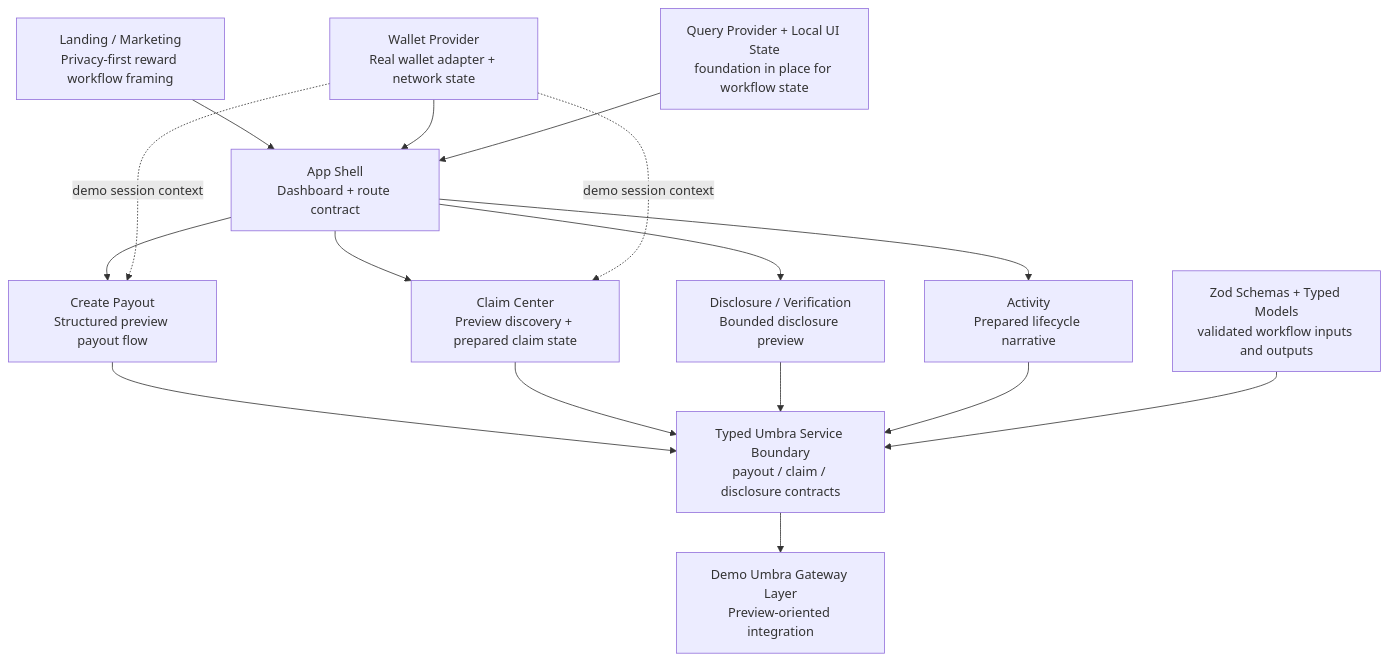
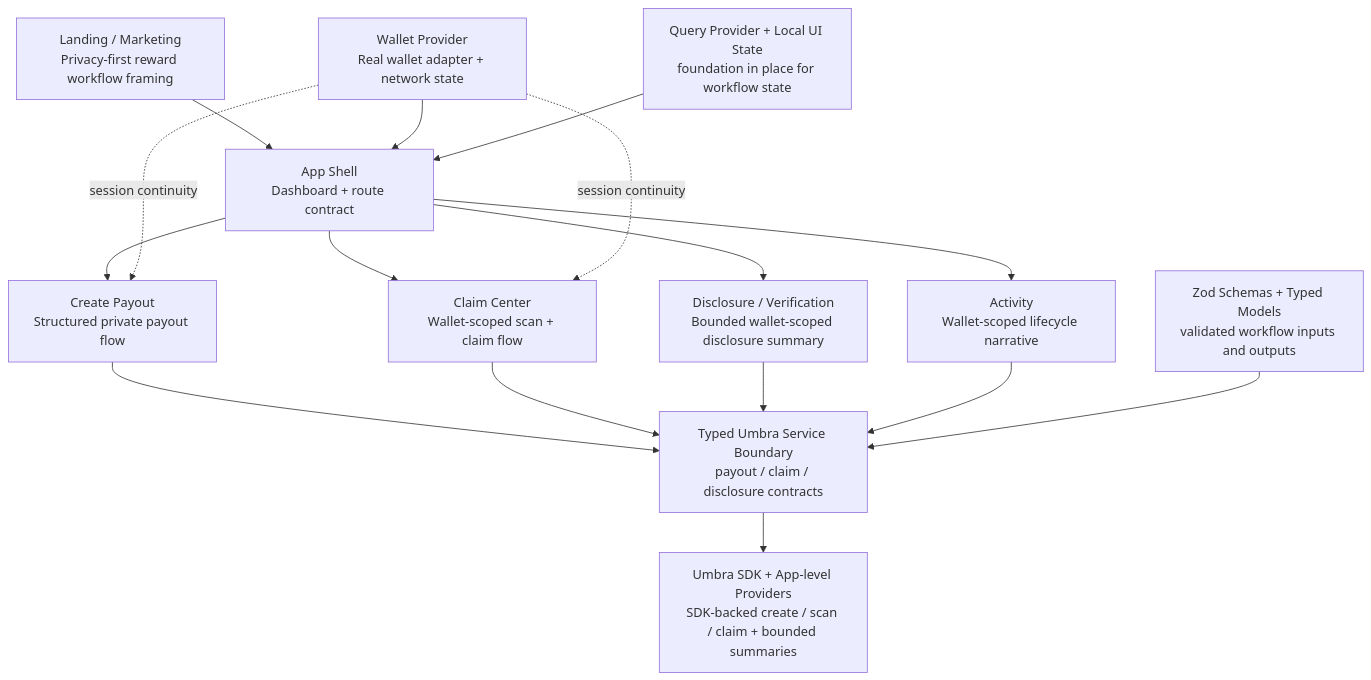
The diagram in docs/ARCHITECTURE_DIAGRAM.md (liji3597/umbra-bounty-vault), drawn with Mermaid before and after one commit. The commit also changed other lines of this file and 45 other files, not shown here.

First line of the commit message:
feat: center reward flow on Umbra SDK providers

````diff
--- a/docs/ARCHITECTURE_DIAGRAM.md
+++ b/docs/ARCHITECTURE_DIAGRAM.md
@@ -20,25 +20,25 @@
 ```mermaid
 flowchart TD
     A[Landing / Marketing\nPrivacy-first reward workflow framing] --> B[App Shell\nDashboard + route contract]
 
-    B --> C[Create Payout\nStructured preview payout flow]
+    B --> C[Create Payout\nStructured private payout flow]
     C --> D[Typed Umbra Service Boundary\npayout / claim / disclosure contracts]
 
-    B --> E[Claim Center\nPreview discovery + prepared claim state]
+    B --> E[Claim Center\nWallet-scoped scan + claim flow]
     E --> D
 
-    B --> F[Disclosure / Verification\nBounded disclosure preview]
+    B --> F[Disclosure / Verification\nBounded wallet-scoped disclosure summary]
     F --> D
 
-    B --> G[Activity\nPrepared lifecycle narrative]
+    B --> G[Activity\nWallet-scoped lifecycle narrative]
     G --> D
 
     H[Wallet Provider\nReal wallet adapter + network state] --> B
-    H -.demo session context.-> C
-    H -.demo session context.-> E
+    H -.session continuity.-> C
+    H -.session continuity.-> E
 
-    D --> I[Demo Umbra Gateway Layer\nPreview-oriented integration]
+    D --> I[Umbra SDK + App-level Providers\nSDK-backed create / scan / claim + bounded summaries]
 
     J[Zod Schemas + Typed Models\nvalidated workflow inputs and outputs] --> D
     K[Query Provider + Local UI State\nfoundation in place for workflow state] --> B
 ```
````
